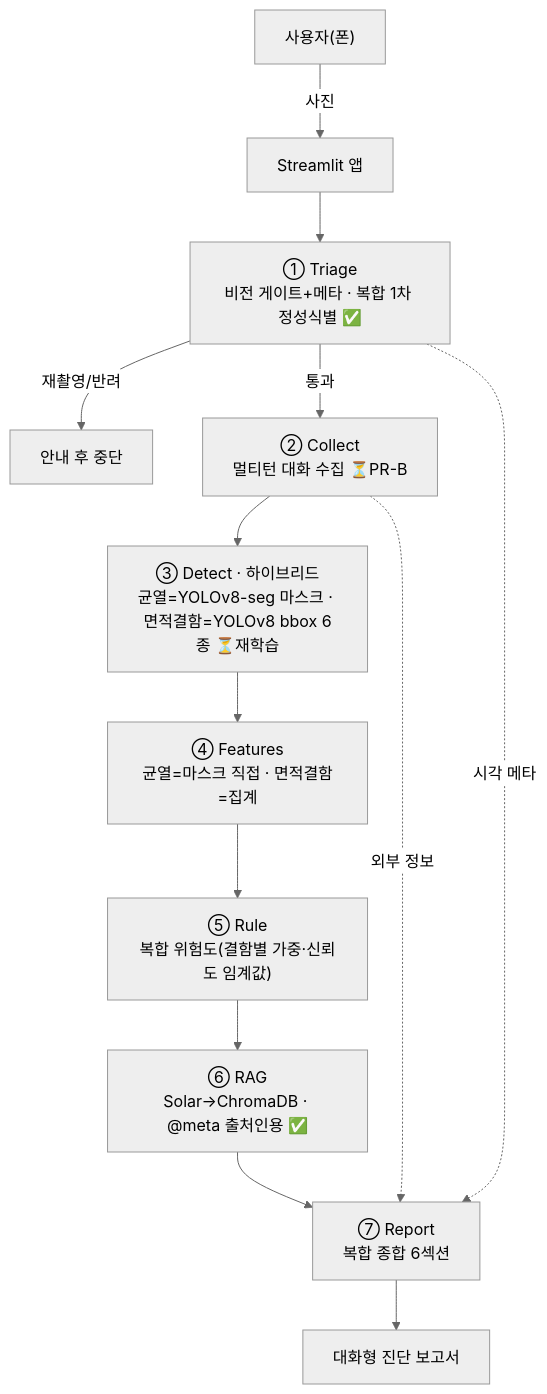
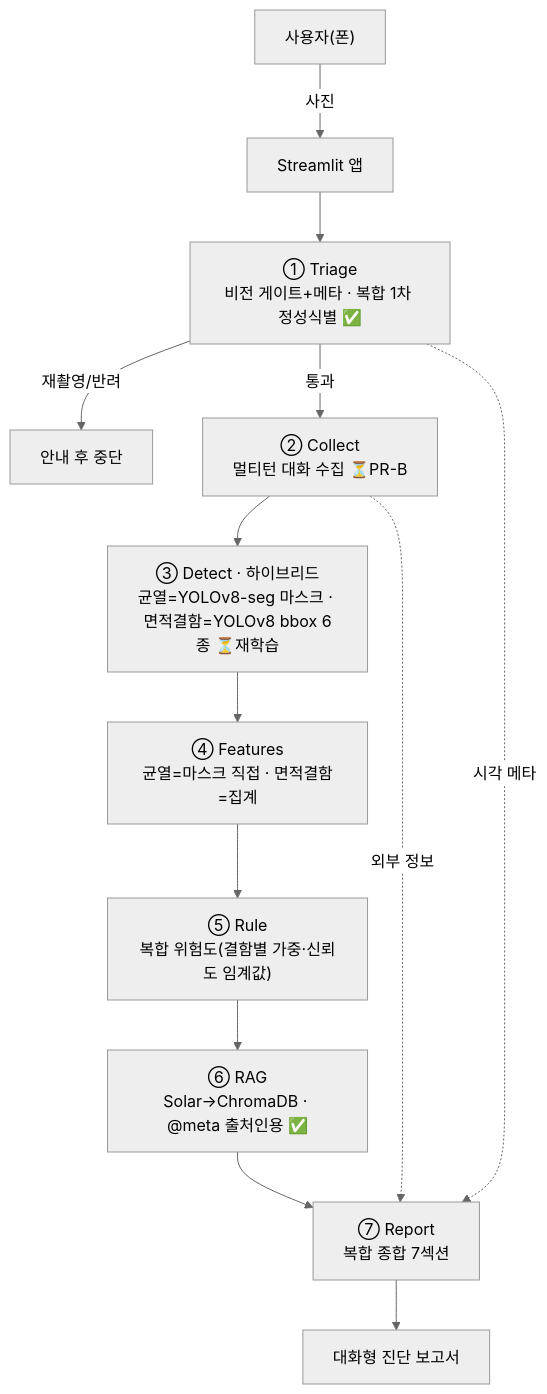
Before and after one commit to LeeHome2/AI_crack_detection: the diagram in diagrams/d2.mmd, drawn with Mermaid (neutral theme). The commit also changed 5 other files, not shown here.

First line of the commit message:
docs: WBS 일정·마일스톤 제거(제출본), 시퀀스 다이어그램 7섹션 갱신

```diff
--- a/diagrams/d2.mmd
+++ b/diagrams/d2.mmd
@@ -1,13 +1,13 @@
 flowchart TD
     U["사용자(폰)"] -->|"사진"| APP["Streamlit 앱"]
     APP --> T["① Triage<br/>비전 게이트+메타 · 복합 1차 정성식별 ✅"]
     T -->|"재촬영/반려"| RETAKE["안내 후 중단"]
     T -->|"통과"| C["② Collect<br/>멀티턴 대화 수집 ⏳PR-B"]
     C --> D["③ Detect · 하이브리드<br/>균열=YOLOv8-seg 마스크 · 면적결함=YOLOv8 bbox 6종 ⏳재학습"]
     D --> F["④ Features<br/>균열=마스크 직접 · 면적결함=집계"]
     F --> R["⑤ Rule<br/>복합 위험도(결함별 가중·신뢰도 임계값)"]
     R --> RAG["⑥ RAG<br/>Solar→ChromaDB · @meta 출처인용 ✅"]
-    RAG --> REP["⑦ Report<br/>복합 종합 6섹션"]
+    RAG --> REP["⑦ Report<br/>복합 종합 7섹션"]
     REP --> OUT["대화형 진단 보고서"]
     C -.->|"외부 정보"| REP
     T -.->|"시각 메타"| REP
```
